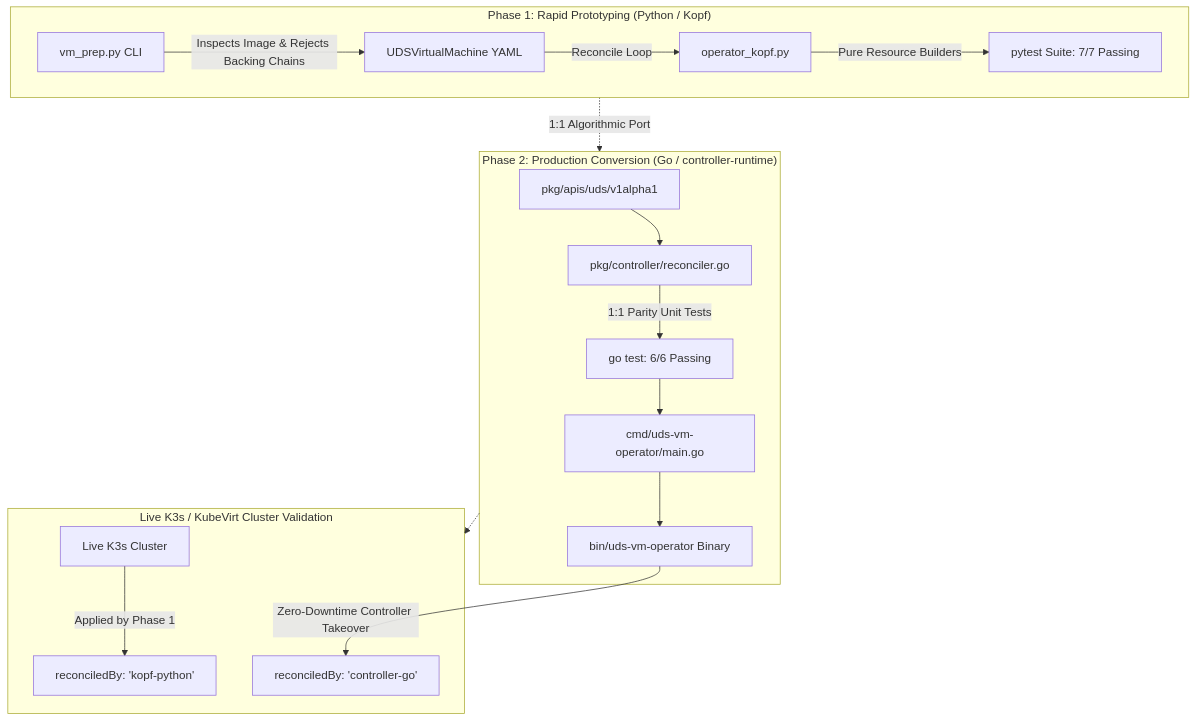
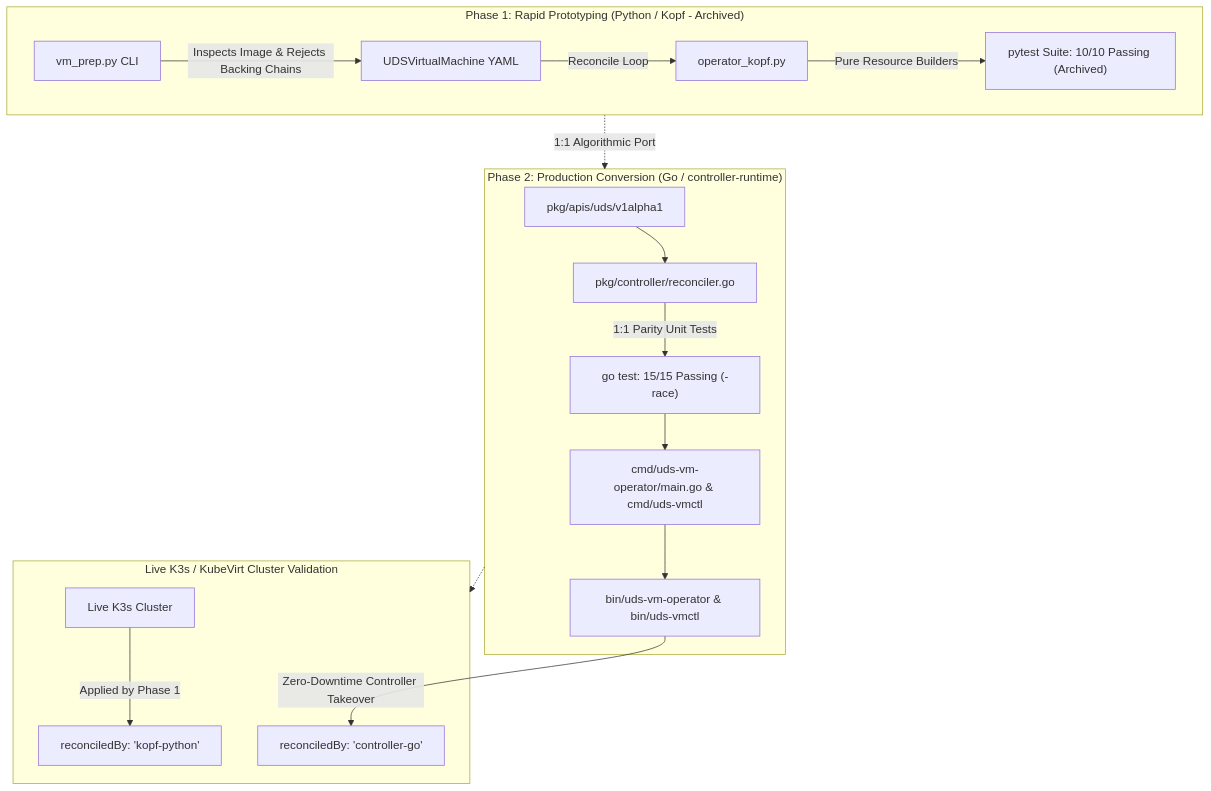
The diagram in README.md (celttechie/uds-vm-operator), drawn with Mermaid before and after one commit. The commit also changed other lines of this file and 10 other files, not shown here.

````diff
--- a/README.md
+++ b/README.md
@@ -32,23 +33,23 @@
 ```mermaid
 flowchart TD
-    subgraph Stage1["Phase 1: Rapid Prototyping (Python / Kopf)"]
+    subgraph Stage1["Phase 1: Rapid Prototyping (Python / Kopf - Archived)"]
         A[vm_prep.py CLI] -->|Inspects Image & Rejects Backing Chains| B[UDSVirtualMachine YAML]
         B -->|Reconcile Loop| C[operator_kopf.py]
-        C -->|Pure Resource Builders| D[pytest Suite: 7/7 Passing]
+        C -->|Pure Resource Builders| D["pytest Suite: 10/10 Passing (Archived)"]
     end
 
     subgraph Stage2["Phase 2: Production Conversion (Go / controller-runtime)"]
         E[pkg/apis/uds/v1alpha1] --> F[pkg/controller/reconciler.go]
-        F -->|1:1 Parity Unit Tests| G[go test: 6/6 Passing]
-        G --> H[cmd/uds-vm-operator/main.go]
-        H --> I[bin/uds-vm-operator Binary]
+        F -->|1:1 Parity Unit Tests| G["go test: 15/15 Passing (-race)"]
+        G --> H[cmd/uds-vm-operator/main.go & cmd/uds-vmctl]
+        H --> I[bin/uds-vm-operator & bin/uds-vmctl]
     end
 
     subgraph LiveCluster["Live K3s / KubeVirt Cluster Validation"]
         J[Live K3s Cluster] -->|Applied by Phase 1| K[reconciledBy: 'kopf-python']
         I -->|Zero-Downtime Controller Takeover| L[reconciledBy: 'controller-go']
     end
 
     Stage1 -.->|1:1 Algorithmic Port| Stage2
     Stage2 -.-> LiveCluster
 ```
````
